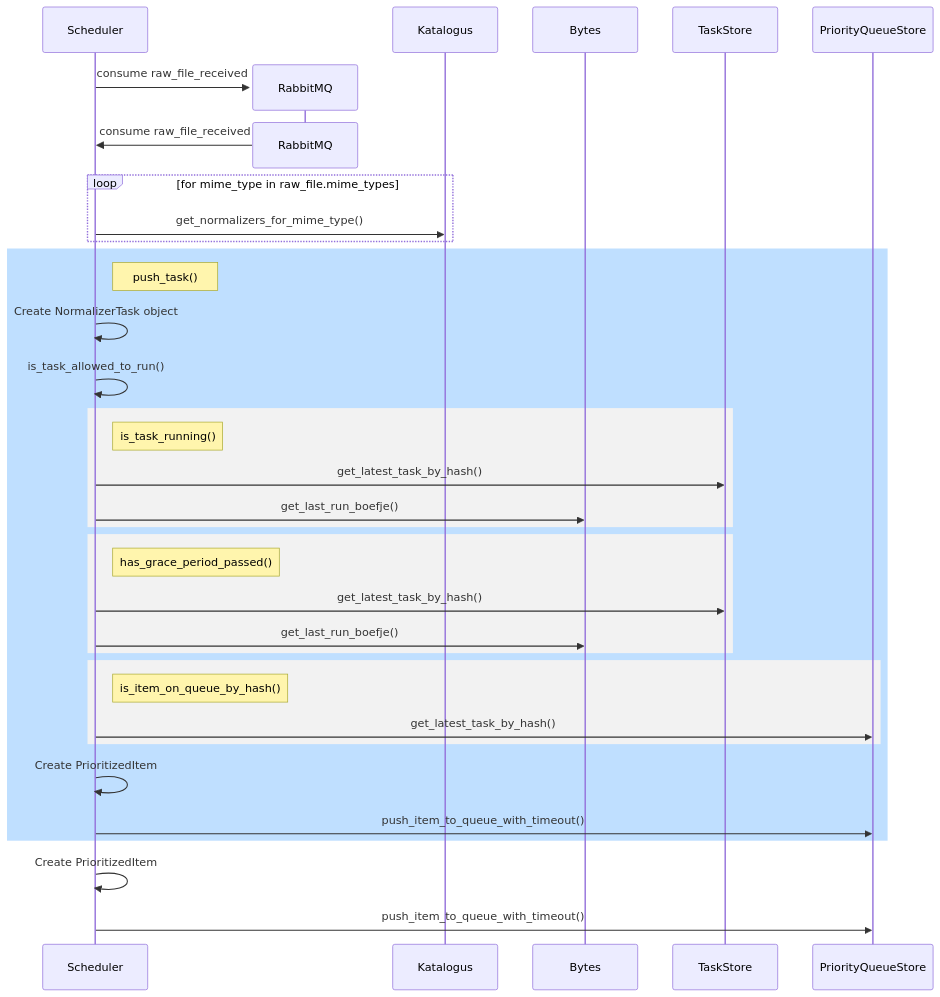
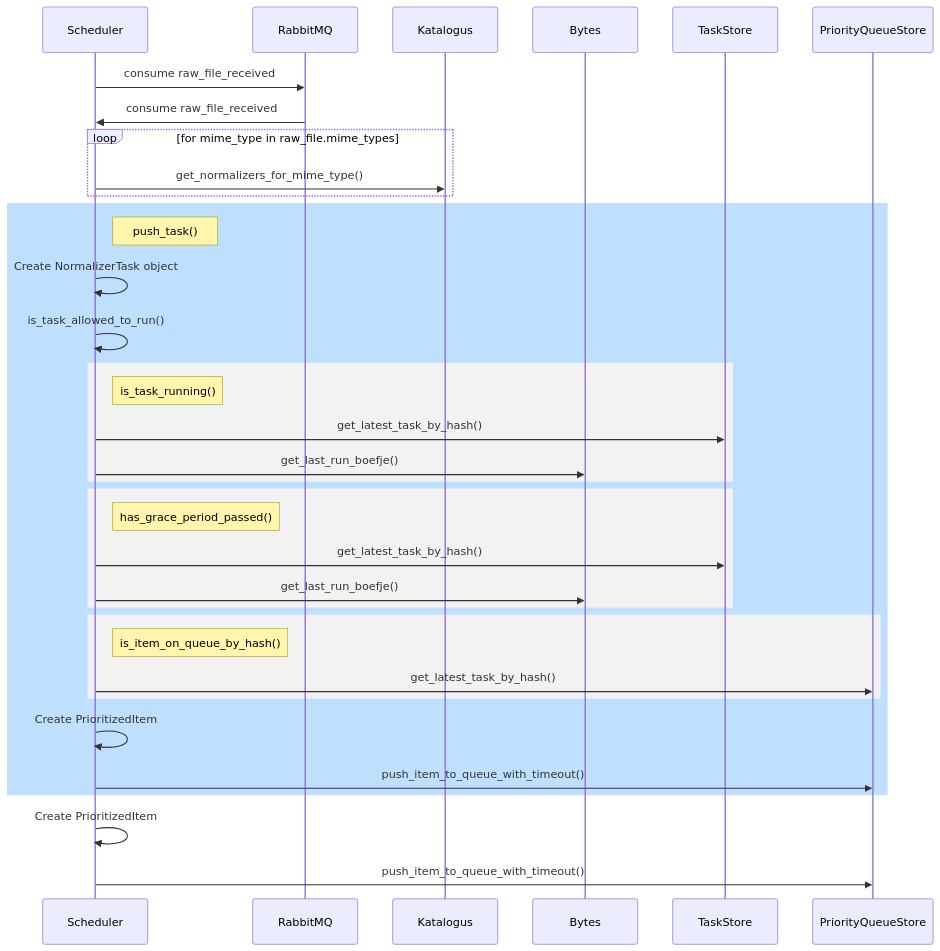
Before and after one commit to minvws/nl-kat-coordination: the seventh of 8 diagrams in mula/docs/architecture.md, drawn with Mermaid. The commit also changed other lines of this file, not shown here.

Commit message:
Fix diagrams

````diff
--- a/mula/docs/architecture.md
+++ b/mula/docs/architecture.md
@@ -435,48 +439,53 @@
 ```mermaid
 sequenceDiagram
     participant Scheduler
 
-    create participant RabbitMQ
-    Scheduler->>RabbitMQ: consume raw_file_received
-    destroy RabbitMQ
-    RabbitMQ->>Scheduler: consume raw_file_received
+    %% enable when github uses v10.3.0+ of mermaid
+    %% create participant RabbitMQ
+    %% Scheduler->>RabbitMQ: consume raw_file_received
+    %% destroy RabbitMQ
+    %% RabbitMQ->>Scheduler: consume raw_file_received
 
+    participant RabbitMQ
     participant Katalogus
     participant Bytes
     participant TaskStore
     participant PriorityQueueStore
+
+    Scheduler->>RabbitMQ: consume raw_file_received
+    RabbitMQ->>Scheduler: consume raw_file_received
 
     loop for mime_type in raw_file.mime_types
         Scheduler->>Katalogus: get_normalizers_for_mime_type()
     end
 
     rect rgb(191, 223, 255)
     note right of Scheduler: push_task()
         Scheduler->>Scheduler: Create NormalizerTask object
         Scheduler->>Scheduler: is_task_allowed_to_run()
 
         rect rgb(242, 242, 242)
         note right of Scheduler: is_task_running()
             Scheduler->>TaskStore: get_latest_task_by_hash()
             Scheduler->>Bytes: get_last_run_boefje()
         end
 
         rect rgb(242, 242, 242)
         note right of Scheduler: has_grace_period_passed()
             Scheduler->>TaskStore: get_latest_task_by_hash()
             Scheduler->>Bytes: get_last_run_boefje()
         end
 
         rect rgb(242, 242, 242)
         note right of Scheduler: is_item_on_queue_by_hash()
             Scheduler->>PriorityQueueStore: get_latest_task_by_hash()
         end
 
         Scheduler->>Scheduler: Create PrioritizedItem
         Scheduler->>PriorityQueueStore: push_item_to_queue_with_timeout()
     end
 
 
     Scheduler->>Scheduler: Create PrioritizedItem
     Scheduler->>PriorityQueueStore: push_item_to_queue_with_timeout()
 ```
````
